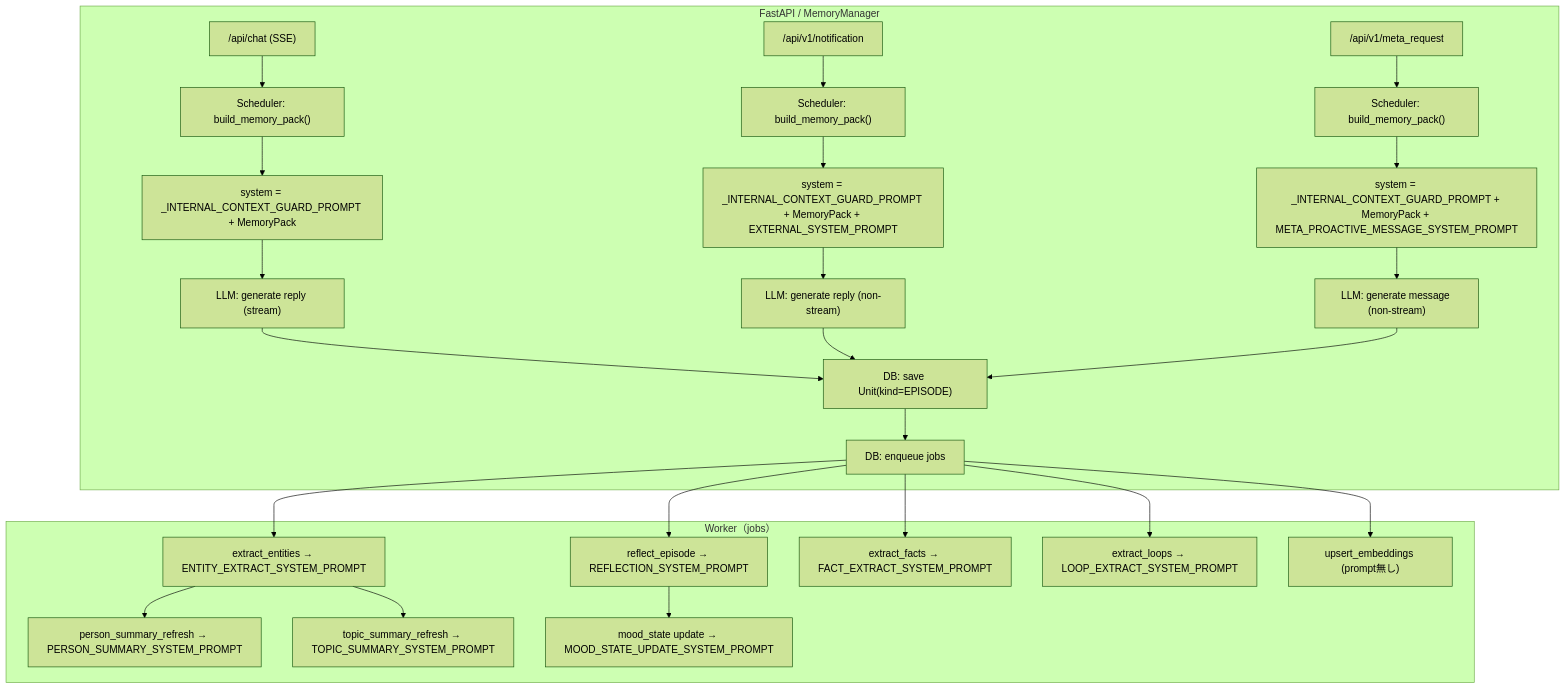
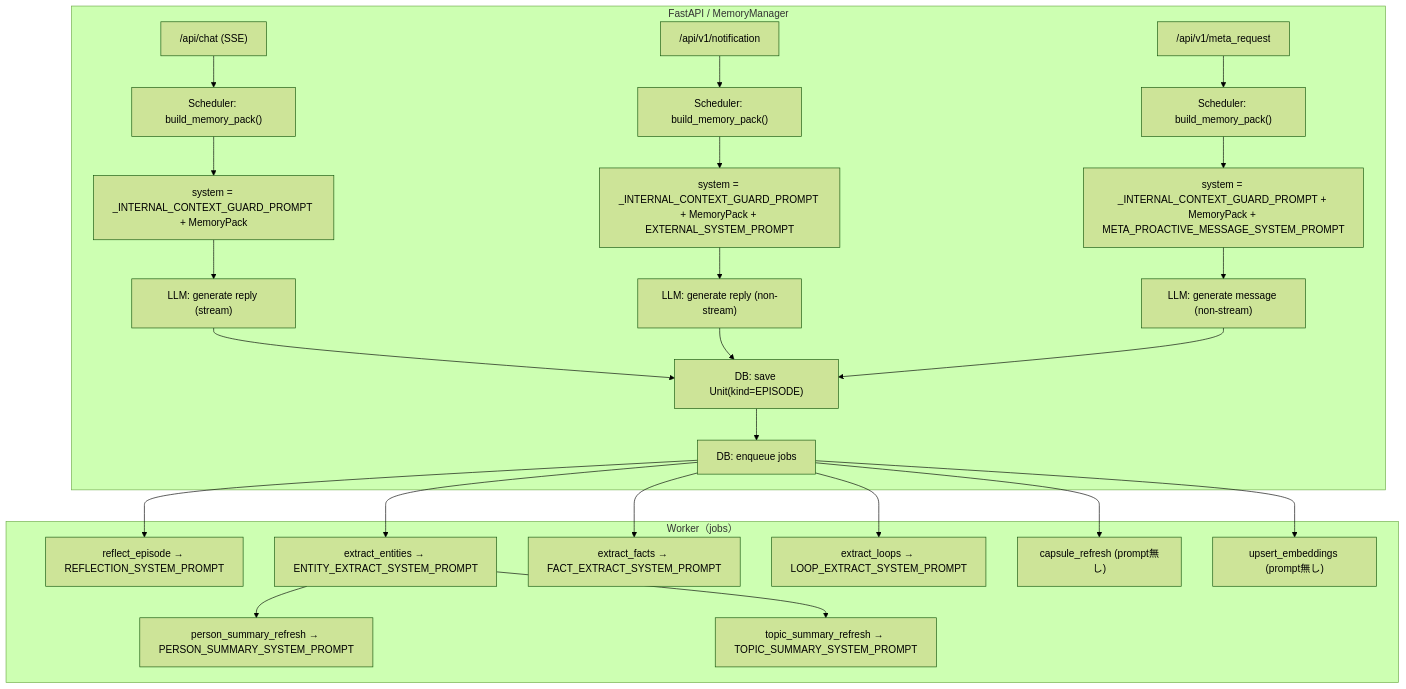
One commit to hirona98/cocoro_ghost changed the first of 3 diagrams in docs/prompt_usage_map.md. Above: the diagram before and after it, drawn with Mermaid (forest theme). The commit also changed other lines of this file and 3 other files, not shown here.

````diff
--- a/docs/prompt_usage_map.md
+++ b/docs/prompt_usage_map.md
@@ -26,33 +28,33 @@
 ```mermaid
 flowchart TD
   subgraph API["FastAPI / MemoryManager"]
     CHAT["/api/chat (SSE)"] --> PACK["Scheduler: build_memory_pack()"]
     NOTIF["/api/v1/notification"] --> PACKN["Scheduler: build_memory_pack()"]
     META["/api/v1/meta_request"] --> PACKM["Scheduler: build_memory_pack()"]
 
     PACK --> SYS_CHAT["system = _INTERNAL_CONTEXT_GUARD_PROMPT + MemoryPack"]
     PACKN --> SYS_NOTIF["system = _INTERNAL_CONTEXT_GUARD_PROMPT + MemoryPack + EXTERNAL_SYSTEM_PROMPT"]
     PACKM --> SYS_META["system = _INTERNAL_CONTEXT_GUARD_PROMPT + MemoryPack + META_PROACTIVE_MESSAGE_SYSTEM_PROMPT"]
 
     SYS_CHAT --> LLM_CHAT["LLM: generate reply (stream)"]
     SYS_NOTIF --> LLM_NOTIF["LLM: generate reply (non-stream)"]
     SYS_META --> LLM_META["LLM: generate message (non-stream)"]
 
     LLM_CHAT --> SAVE_EP["DB: save Unit(kind=EPISODE)"]
     LLM_NOTIF --> SAVE_EP
     LLM_META --> SAVE_EP
 
     SAVE_EP --> ENQ["DB: enqueue jobs"]
   end
 
   subgraph WORKER["Worker（jobs）"]
     ENQ --> REFLECT["reflect_episode → REFLECTION_SYSTEM_PROMPT"]
     ENQ --> ENT["extract_entities → ENTITY_EXTRACT_SYSTEM_PROMPT"]
     ENQ --> FACT["extract_facts → FACT_EXTRACT_SYSTEM_PROMPT"]
     ENQ --> LOOP["extract_loops → LOOP_EXTRACT_SYSTEM_PROMPT"]
+    ENQ --> CAPR["capsule_refresh (prompt無し)"]
     ENQ --> EMB["upsert_embeddings (prompt無し)"]
     ENT --> PERS["person_summary_refresh → PERSON_SUMMARY_SYSTEM_PROMPT"]
     ENT --> TOP["topic_summary_refresh → TOPIC_SUMMARY_SYSTEM_PROMPT"]
-    REFLECT --> MOOD["mood_state update → MOOD_STATE_UPDATE_SYSTEM_PROMPT"]
   end
 ```
````
